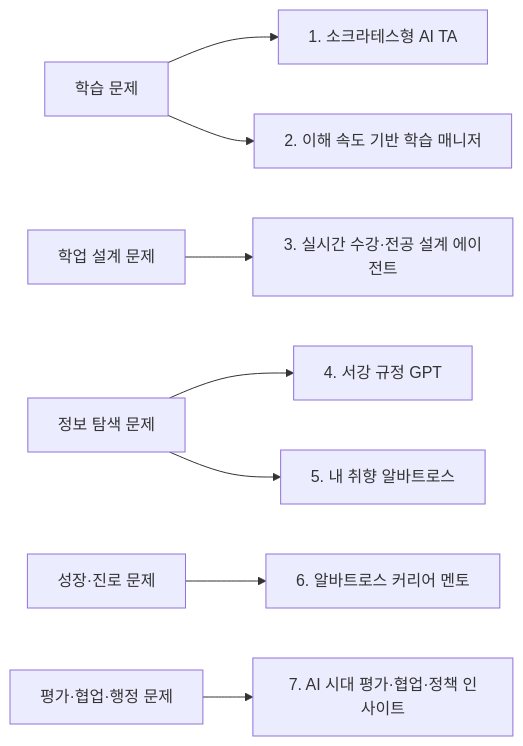
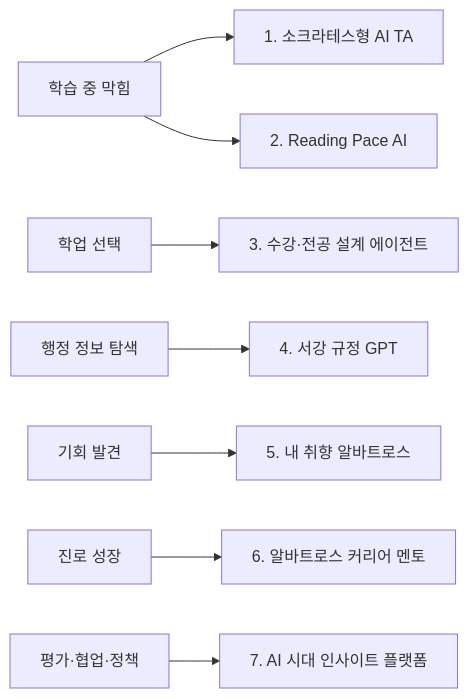
The first of 9 diagrams in sg_ai_contest_ideas.md (leeseungmin1013/sg-ai-contest-ideas), drawn with Mermaid before and after one commit. The commit also changed other lines of this file and 2 other files, not shown here.

````diff
--- a/sg_ai_contest_ideas.md
+++ b/sg_ai_contest_ideas.md
@@ -26,10 +60,10 @@
 ```mermaid
 flowchart LR
-    A["학습 문제"] --> B["1. 소크라테스형 AI TA"]
-    A --> C["2. 이해 속도 기반 학습 매니저"]
-    D["학업 설계 문제"] --> E["3. 실시간 수강·전공 설계 에이전트"]
-    F["정보 탐색 문제"] --> G["4. 서강 규정 GPT"]
-    F --> H["5. 내 취향 알바트로스"]
-    I["성장·진로 문제"] --> J["6. 알바트로스 커리어 멘토"]
-    K["평가·협업·행정 문제"] --> L["7. AI 시대 평가·협업·정책 인사이트"]
+    A["학습 중 막힘"] --> B["1. 소크라테스형 AI TA"]
+    A --> C["2. Reading Pace AI"]
+    D["학업 선택"] --> E["3. 수강·전공 설계 에이전트"]
+    F["행정 정보 탐색"] --> G["4. 서강 규정 GPT"]
+    H["기회 발견"] --> I["5. 내 취향 알바트로스"]
+    J["진로 성장"] --> K["6. 알바트로스 커리어 멘토"]
+    L["평가·협업·정책"] --> M["7. AI 시대 인사이트 플랫폼"]
 ```
````
